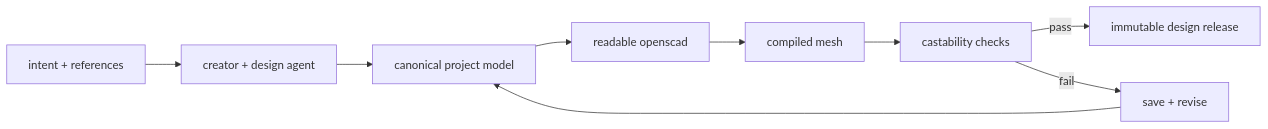
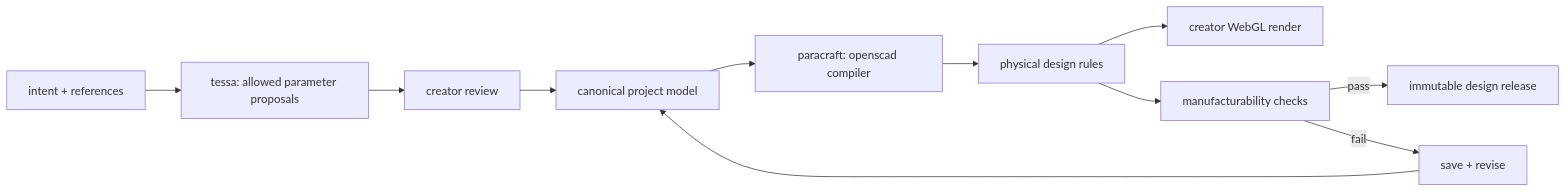
One commit to tinkrland/kirosculp changed the diagram in studio/README.md. Above: the diagram before and after it, drawn with Mermaid. The commit also changed other lines of this file and 21 other files, not shown here.

````diff
--- a/studio/README.md
+++ b/studio/README.md
@@ -23,11 +26,13 @@
 ```mermaid
 flowchart LR
-  idea[intent + references] --> agent[creator + design agent]
-  agent --> model[canonical project model]
-  model --> scad[readable openscad]
-  scad --> mesh[compiled mesh]
-  mesh --> check[castability checks]
+  idea[intent + references] --> tessa[tessa: allowed parameter proposals]
+  tessa --> approve[creator review]
+  approve --> model[canonical project model]
+  model --> paracraft[paracraft: openscad compiler]
+  paracraft --> rules[physical design rules]
+  rules --> webgl[creator WebGL render]
+  rules --> check[manufacturability checks]
   check -->|pass| release[immutable design release]
   check -->|fail| revise[save + revise]
   revise --> model
 ```
````
